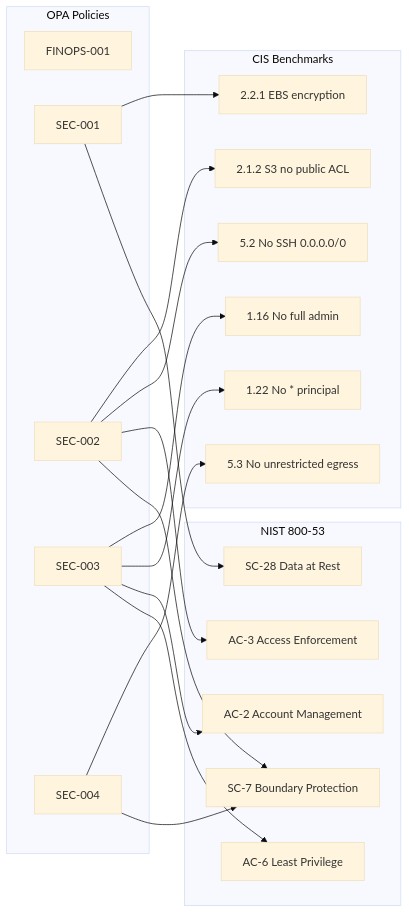
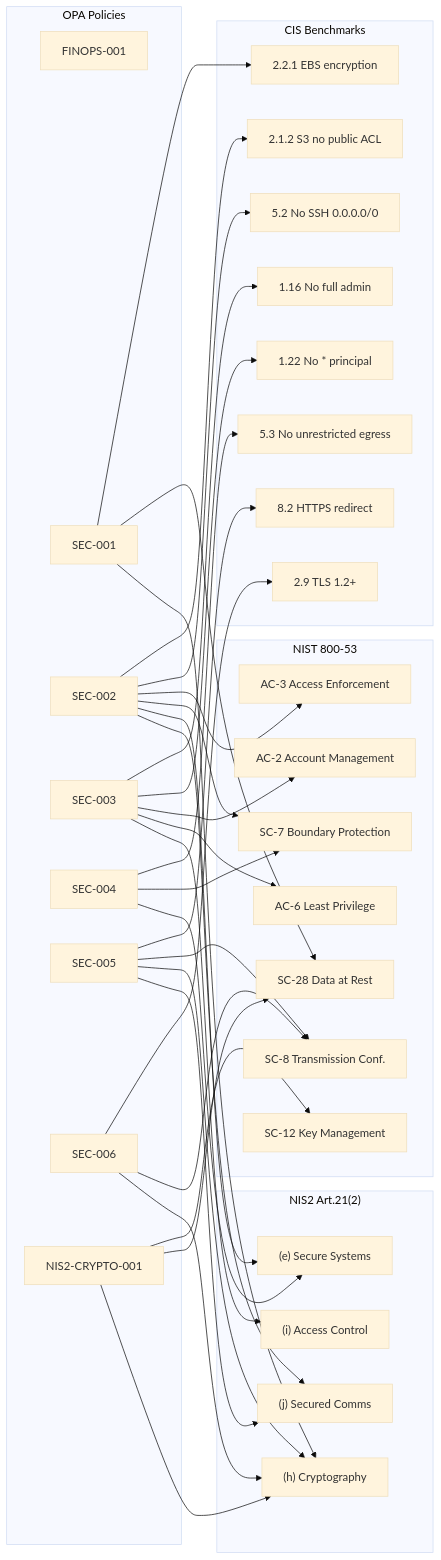
One commit to DevelApp-ai/deterministic-technical-design-specification changed the diagram in example/docs/security/index.md. Above: the diagram before and after it, drawn with Mermaid (base theme). The commit also changed other lines of this file and 14 other files, not shown here.

First line of the commit message:
feat: add NIS2 compliance documentation, ADR-0010, and NIS2-CRYPTO-001 OPA policy

````diff
--- a/example/docs/security/index.md
+++ b/example/docs/security/index.md
@@ -27,43 +30,75 @@
 ```mermaid
 graph LR
+    subgraph NIS2["NIS2 Art.21(2)"]
+        NIS2_H["(h) Cryptography"]
+        NIS2_I["(i) Access Control"]
+        NIS2_E["(e) Secure Systems"]
+        NIS2_J["(j) Secured Comms"]
+    end
+
     subgraph CIS["CIS Benchmarks"]
         CIS_1_16["1.16 No full admin"]
         CIS_1_22["1.22 No * principal"]
         CIS_2_1_2["2.1.2 S3 no public ACL"]
         CIS_2_2_1["2.2.1 EBS encryption"]
         CIS_5_2["5.2 No SSH 0.0.0.0/0"]
         CIS_5_3["5.3 No unrestricted egress"]
+        CIS_8_2["8.2 HTTPS redirect"]
+        CIS_2_9["2.9 TLS 1.2+"]
     end
 
     subgraph NIST["NIST 800-53"]
         AC_2["AC-2 Account Management"]
         AC_3["AC-3 Access Enforcement"]
         AC_6["AC-6 Least Privilege"]
         SC_7["SC-7 Boundary Protection"]
+        SC_8["SC-8 Transmission Conf."]
+        SC_12["SC-12 Key Management"]
         SC_28["SC-28 Data at Rest"]
     end
 
     subgraph Policies["OPA Policies"]
         FIN001["FINOPS-001"]
         SEC001["SEC-001"]
         SEC002["SEC-002"]
         SEC003["SEC-003"]
         SEC004["SEC-004"]
+        SEC005["SEC-005"]
+        SEC006["SEC-006"]
+        NIS2C["NIS2-CRYPTO-001"]
     end
 
     SEC001 --> CIS_2_2_1
     SEC001 --> SC_28
+    SEC001 --> NIS2_H
 
     SEC002 --> CIS_2_1_2
     SEC002 --> CIS_5_2
     SEC002 --> AC_3
     SEC002 --> SC_7
+    SEC002 --> NIS2_E
+    SEC002 --> NIS2_J
 
     SEC003 --> CIS_1_16
     SEC003 --> CIS_1_22
     SEC003 --> AC_2
     SEC003 --> AC_6
+    SEC003 --> NIS2_I
 
     SEC004 --> CIS_5_3
     SEC004 --> SC_7
+    SEC004 --> NIS2_E
+
+    SEC005 --> CIS_8_2
+    SEC005 --> SC_8
+    SEC005 --> NIS2_H
+    SEC005 --> NIS2_J
+
+    SEC006 --> CIS_2_9
+    SEC006 --> SC_8
+    SEC006 --> NIS2_H
+
+    NIS2C --> SC_12
+    NIS2C --> SC_28
+    NIS2C --> NIS2_H
 ```
````
